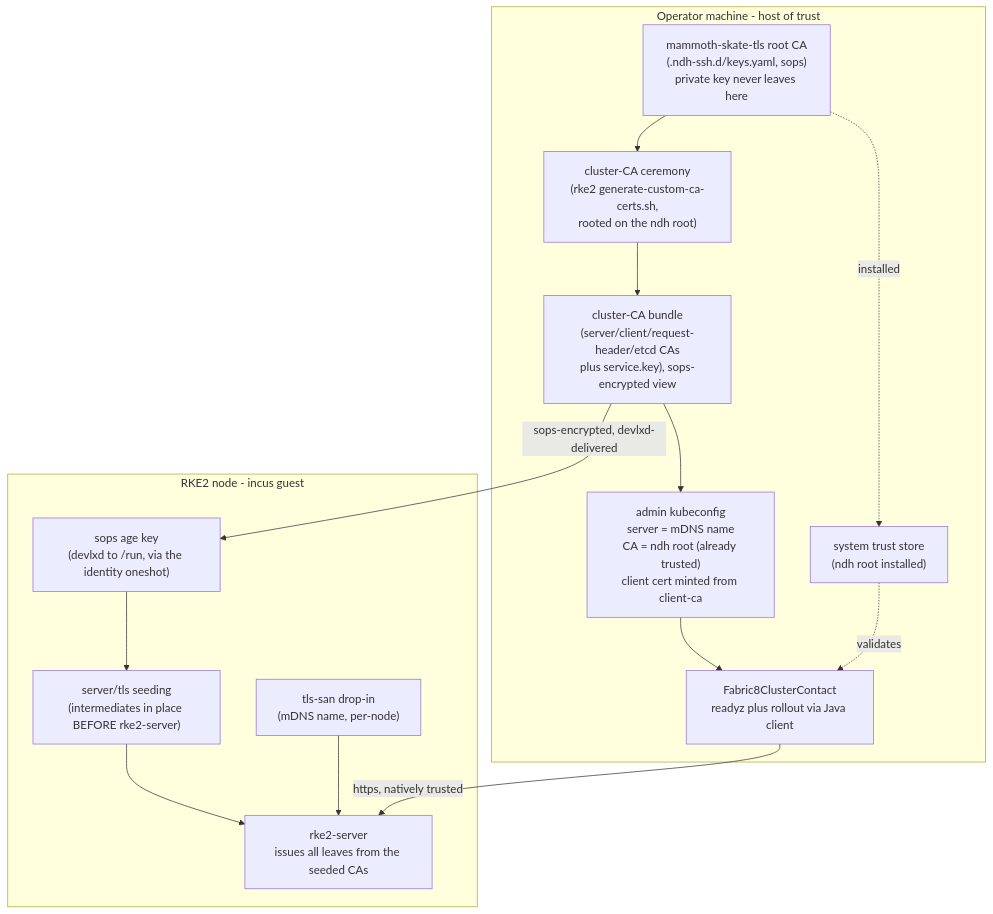
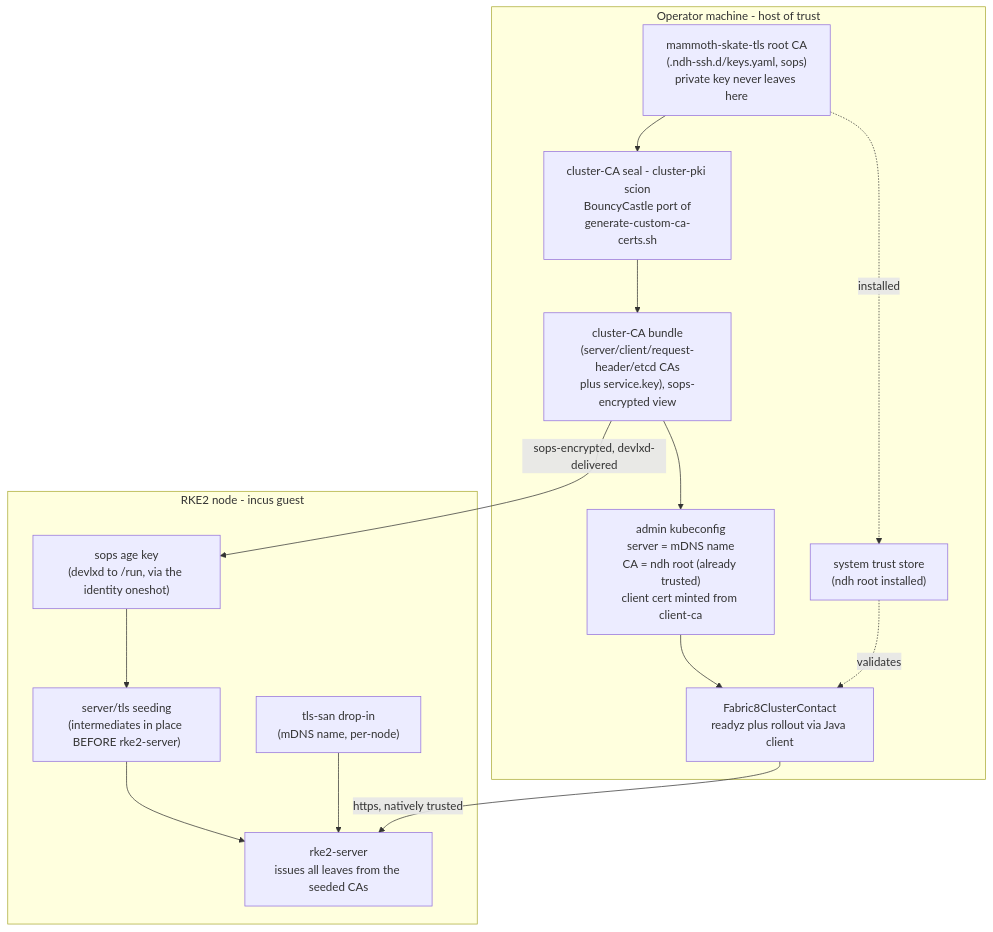
The diagram in docs/architecture/cluster-api/deterministic-cluster-access.adoc (nxmatic/rke2lab), drawn with Mermaid before and after one commit. The commit also changed other lines of this file and 25 other files, not shown here.

```diff
--- a/docs/architecture/cluster-api/deterministic-cluster-access.adoc
+++ b/docs/architecture/cluster-api/deterministic-cluster-access.adoc
@@ -84,27 +90,27 @@
 [mermaid]
 ----
 flowchart TB
   subgraph operator["Operator machine - host of trust"]
     root["mammoth-skate-tls root CA<br/>(.ndh-ssh.d/keys.yaml, sops)<br/>private key never leaves here"]
-    ceremony["cluster-CA ceremony<br/>(rke2 generate-custom-ca-certs.sh,<br/>rooted on the ndh root)"]
+    ceremony["cluster-CA seal - cluster-pki scion<br/>BouncyCastle port of<br/>generate-custom-ca-certs.sh"]
     bundle["cluster-CA bundle<br/>(server/client/request-header/etcd CAs<br/>plus service.key), sops-encrypted view"]
     kc["admin kubeconfig<br/>server = mDNS name<br/>CA = ndh root (already trusted)<br/>client cert minted from client-ca"]
     probe["Fabric8ClusterContact<br/>readyz plus rollout via Java client"]
     trust["system trust store<br/>(ndh root installed)"]
     root --> ceremony --> bundle
     bundle --> kc
     root -.installed.-> trust
     kc --> probe
     trust -.validates.-> probe
   end
   subgraph guest["RKE2 node - incus guest"]
     age["sops age key<br/>(devlxd to /run, via the identity oneshot)"]
     seed["server/tls seeding<br/>(intermediates in place BEFORE rke2-server)"]
     tlssan["tls-san drop-in<br/>(mDNS name, per-node)"]
     rke2["rke2-server<br/>issues all leaves from the seeded CAs"]
     age --> seed --> rke2
     tlssan --> rke2
   end
   bundle -->|"sops-encrypted, devlxd-delivered"| age
   probe -->|"https, natively trusted"| rke2
 ----
```
